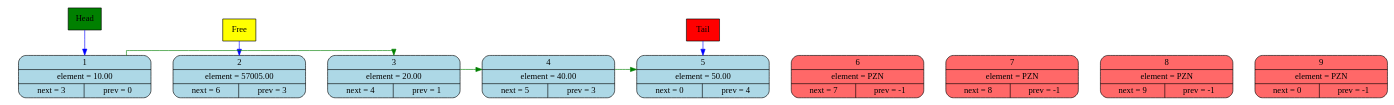
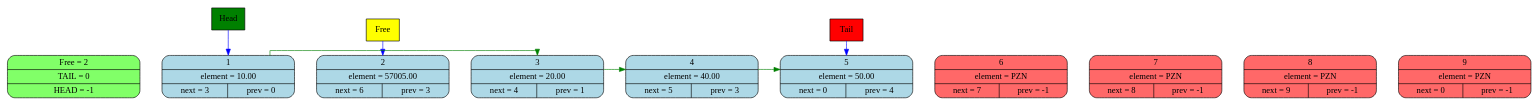
The diagram in log/graphviz_file.dot (evanvd/List), drawn with Graphviz before and after one commit. The commit also changed 14 other files, not shown here.

Commit message:
separate block of list_info

```diff
--- a/log/graphviz_file.dot
+++ b/log/graphviz_file.dot
@@ -1,42 +1,38 @@
 digraph {
 splines=ortho;
 HEAD [shape = record, label = "Head", style =  filled, fillcolor = "green"];
 TAIL [shape = record, label = "Tail", style =  filled, fillcolor = "red"];
 Free [shape = record, label = "Free", style =  filled, fillcolor = "yellow"];
 rankdir=LR;
  ranksep=0.5;
  nodesep = 0.3;node1 [shape=record,label=" 1 |element =  10.00 |{<f0> next = 3  | prev  = 0}", style="filled, rounded", fillcolor = lightblue, width=3, height=0.8];
 node2 [shape=record,label=" 2 |element =  57005.00 |{<f0> next = 6  | prev  = 3}", style="filled, rounded", fillcolor = lightblue, width=3, height=0.8];
 node3 [shape=record,label=" 3 |element =  20.00 |{<f0> next = 4  | prev  = 1}", style="filled, rounded", fillcolor = lightblue, width=3, height=0.8];
 node4 [shape=record,label=" 4 |element =  40.00 |{<f0> next = 5  | prev  = 3}", style="filled, rounded", fillcolor = lightblue, width=3, height=0.8];
 node5 [shape=record,label=" 5 |element =  50.00 |{<f0> next = 0  | prev  = 4}", style="filled, rounded", fillcolor = lightblue, width=3, height=0.8];
 node6 [shape=record,label=" 6 |element =  PZN |{<f0> next = 7  | prev  = -1}", style="filled, rounded", fillcolor = "#ff3434bd", width=3, height=0.8];
 node7 [shape=record,label=" 7 |element =  PZN |{<f0> next = 8  | prev  = -1}", style="filled, rounded", fillcolor = "#ff3434bd", width=3, height=0.8];
 node8 [shape=record,label=" 8 |element =  PZN |{<f0> next = 9  | prev  = -1}", style="filled, rounded", fillcolor = "#ff3434bd", width=3, height=0.8];
 node9 [shape=record,label=" 9 |element =  PZN |{<f0> next = 0  | prev  = -1}", style="filled, rounded", fillcolor = "#ff3434bd", width=3, height=0.8];
-node1->node1->node2->node3->node4->node5->node6->node7->node8->node9
+list_info [shape=record,label=" Free =  2 |TAIL = 0  | HEAD  = -1", style="filled, rounded", fillcolor = "#56ff34bd", width=3, height=0.8];
+list_info->node1->node1->node2->node3->node4->node5->node6->node7->node8->node9
 [style=invis, weight=100];
  edge [color=green, penwidth = 1, arrowhead = normal];
 node1->node3->node4->node5;
 
 edge [color=blue, penwidth = 1, arrowhead = normal];
-    subgraph {
-        rank = same
-        HEAD;
-        node1;
-        HEAD->node1
-    }
+    subgraph { rank = same HEAD; node1; HEAD->node1 }
     subgraph {
         rank = same
         TAIL;
         node5;
         TAIL->node5
     }
     subgraph {
         rank = same
         Free;
         node2;
         Free->node2
     }
 
 }
```
